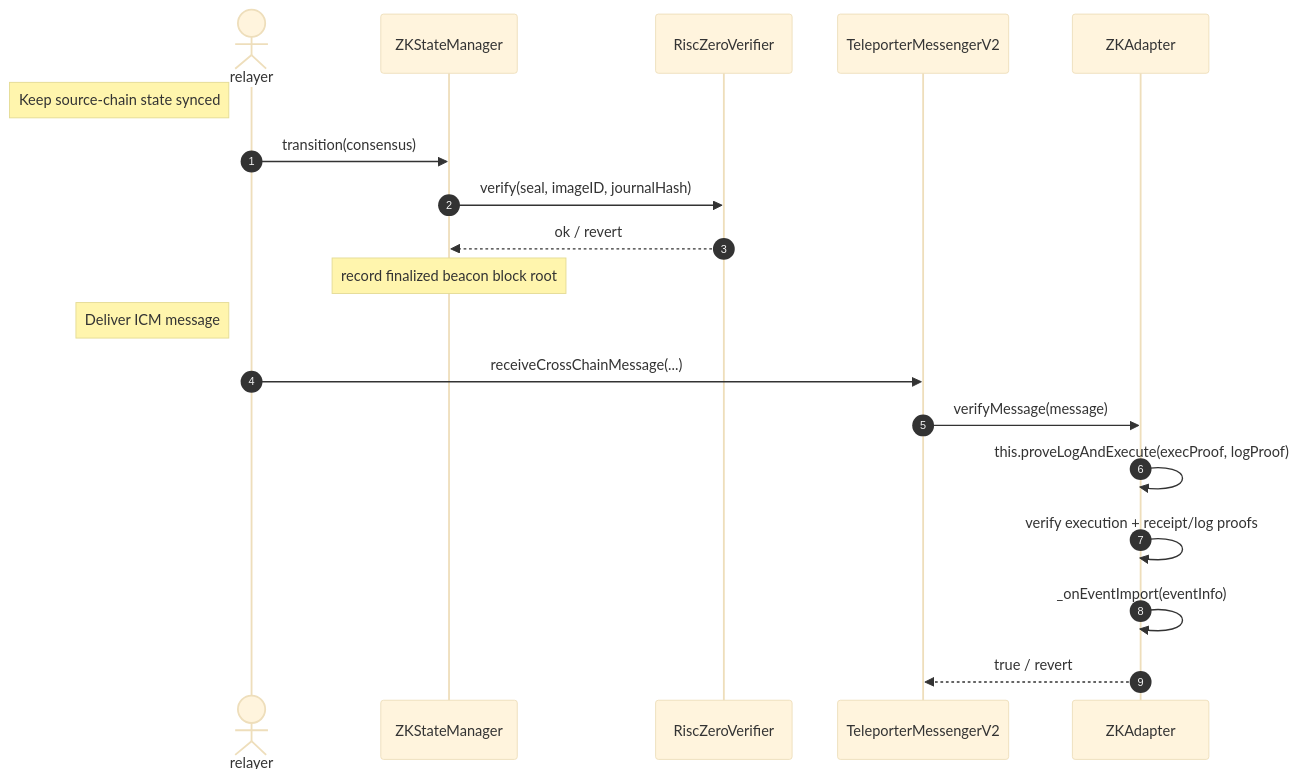
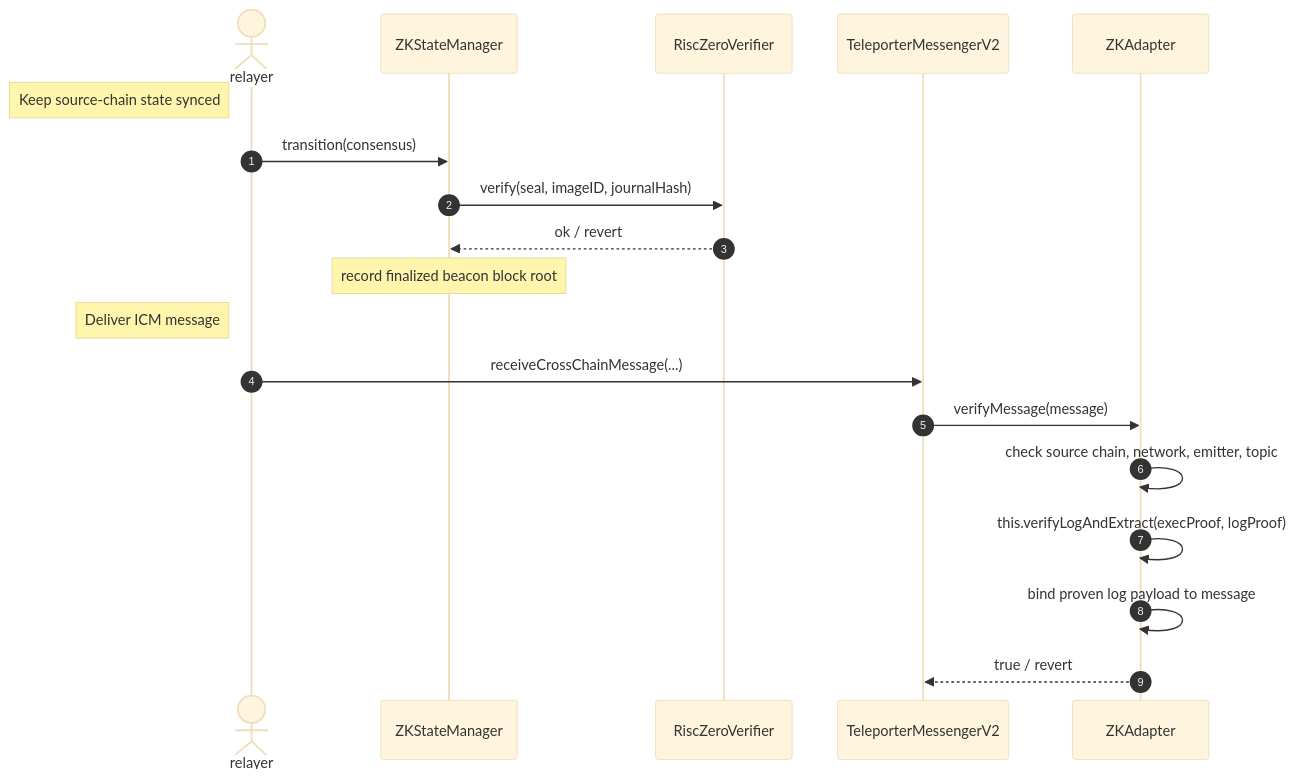
Before and after one commit to ava-labs/icm-services: the diagram in docs/external-interop/origin_ethereum/zk_state_verifier.md, drawn with Mermaid (base theme). The commit also changed other lines of this file, not shown here.

````diff
--- a/docs/external-interop/origin_ethereum/zk_state_verifier.md
+++ b/docs/external-interop/origin_ethereum/zk_state_verifier.md
@@ -120,18 +123,18 @@
 ```mermaid
 sequenceDiagram
 autonumber
 actor relayer
 note left of relayer: Keep source-chain state synced
 relayer->>ZKStateManager: transition(consensus)
 ZKStateManager->>RiscZeroVerifier: verify(seal, imageID, journalHash)
 RiscZeroVerifier-->>ZKStateManager: ok / revert
 note over ZKStateManager: record finalized beacon block root
-
+ 
 note left of relayer: Deliver ICM message
 relayer->>TeleporterMessengerV2: receiveCrossChainMessage(...)
 TeleporterMessengerV2->>ZKAdapter: verifyMessage(message)
-ZKAdapter->>ZKAdapter: this.proveLogAndExecute(execProof, logProof)
-ZKAdapter->>ZKAdapter: verify execution + receipt/log proofs
-ZKAdapter->>ZKAdapter: _onEventImport(eventInfo)
+ZKAdapter->>ZKAdapter: check source chain, network, emitter, topic
+ZKAdapter->>ZKAdapter: this.verifyLogAndExtract(execProof, logProof)
+ZKAdapter->>ZKAdapter: bind proven log payload to message
 ZKAdapter-->>TeleporterMessengerV2: true / revert
 ```
````
